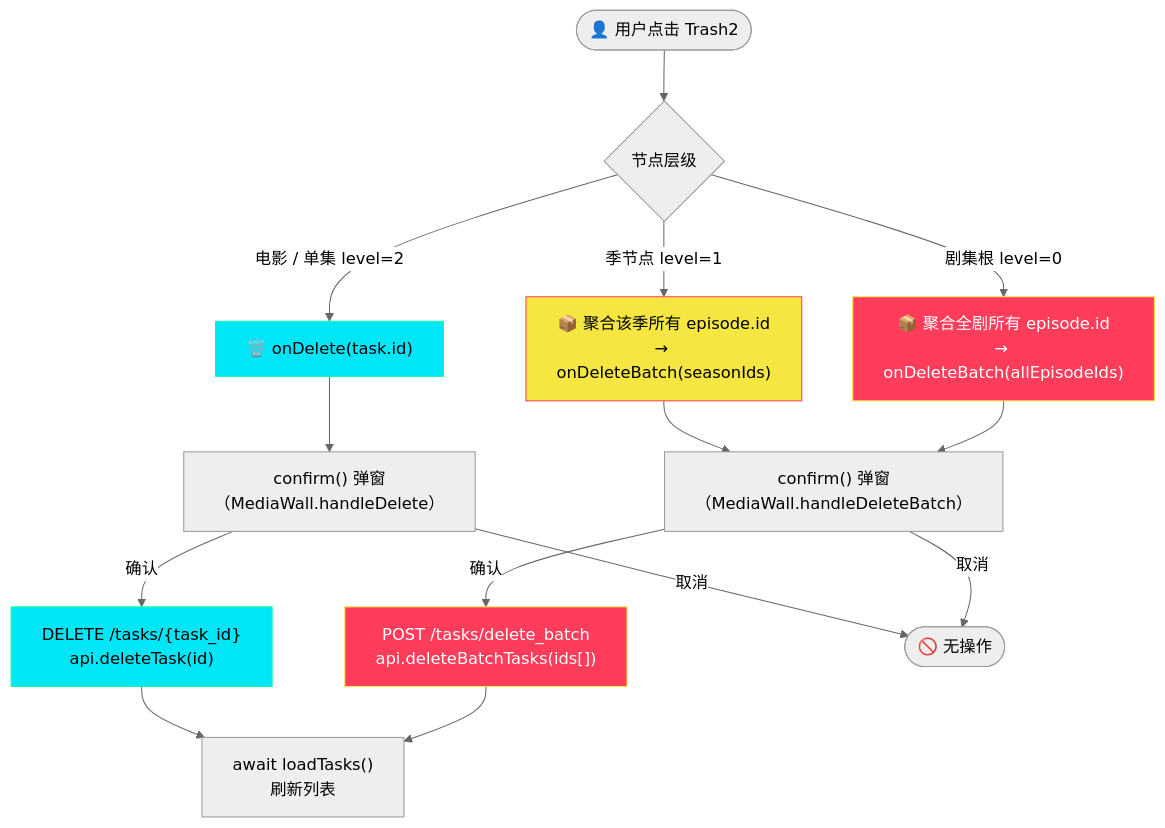
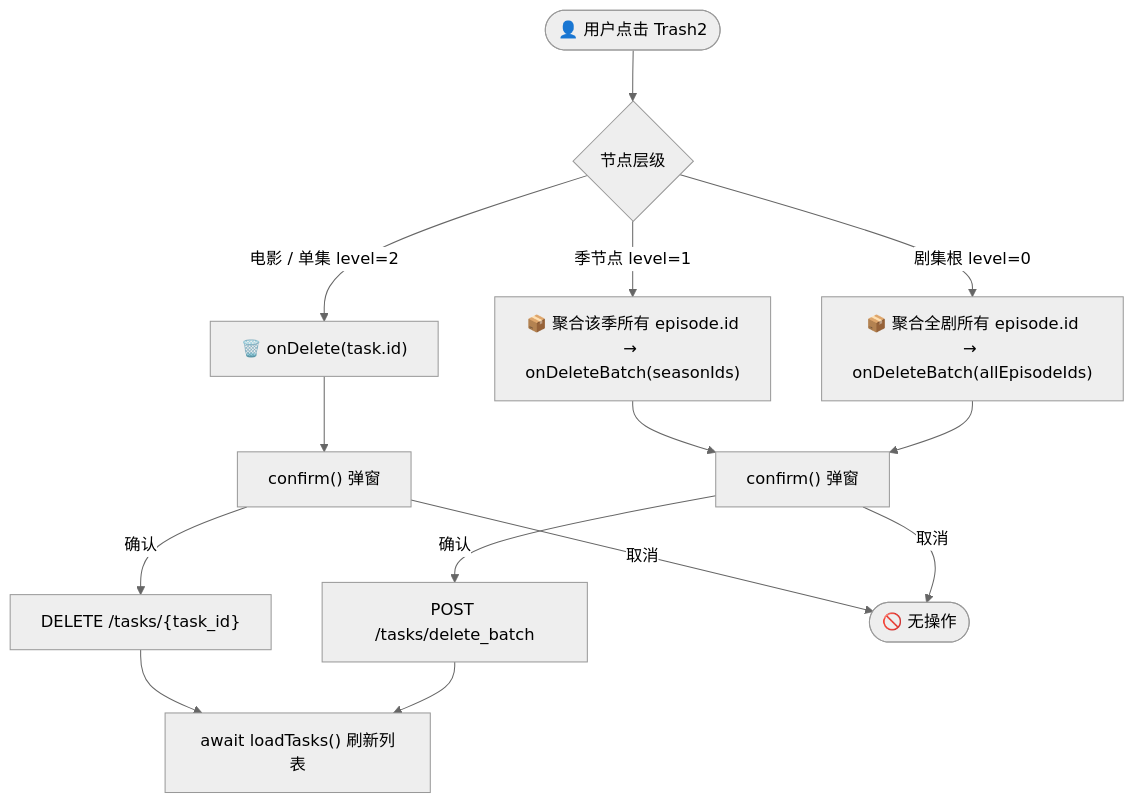
The sixth of 6 diagrams in docs/01_架构设计/04_全栈逻辑交互拓扑蓝图.md (X1000QAQ/Neon-Crate), drawn with Mermaid (neutral theme) before and after one commit. The commit also changed other lines of this file and 58 other files, not shown here.

````diff
--- a/docs/01_架构设计/04_全栈逻辑交互拓扑蓝图.md
+++ b/docs/01_架构设计/04_全栈逻辑交互拓扑蓝图.md
@@ -272,27 +338,16 @@
 ```mermaid
 flowchart TD
-    User([👤 用户点击 Trash2]) --> Level{节点层级}
-
+    User(["👤 用户点击 Trash2"]) --> Level{节点层级}
     Level -->|电影 / 单集 level=2| SingleDel["🗑️ onDelete(task.id)"]
     Level -->|季节点 level=1| SeasonDel["📦 聚合该季所有 episode.id\n→ onDeleteBatch(seasonIds)"]
     Level -->|剧集根 level=0| TVDel["📦 聚合全剧所有 episode.id\n→ onDeleteBatch(allEpisodeIds)"]
-
-    SingleDel --> ConfirmSingle["confirm() 弹窗\n（MediaWall.handleDelete）"]
-    SeasonDel --> ConfirmBatch["confirm() 弹窗\n（MediaWall.handleDeleteBatch）"]
+    SingleDel --> ConfirmSingle["confirm() 弹窗"]
+    SeasonDel --> ConfirmBatch["confirm() 弹窗"]
     TVDel --> ConfirmBatch
-
-    ConfirmSingle -->|确认| APIDelete["DELETE /tasks/{task_id}\napi.deleteTask(id)"]
-    ConfirmBatch -->|确认| APIBatch["POST /tasks/delete_batch\napi.deleteBatchTasks(ids[])"]
-
-    APIDelete --> Reload["await loadTasks()\n刷新列表"]
+    ConfirmSingle -->|确认| APIDelete["DELETE /tasks/{task_id}"]
+    ConfirmBatch -->|确认| APIBatch["POST /tasks/delete_batch"]
+    APIDelete --> Reload["await loadTasks() 刷新列表"]
     APIBatch --> Reload
-
     ConfirmSingle -->|取消| Cancel([🚫 无操作])
     ConfirmBatch -->|取消| Cancel
-
-    style SingleDel fill:#00e6f6,stroke:#00ff9f,color:#000
-    style SeasonDel fill:#f5e642,stroke:#ff3c5a,color:#000
-    style TVDel fill:#ff3c5a,stroke:#f5e642,color:#fff
-    style APIDelete fill:#00e6f6,stroke:#00ff9f,color:#000
-    style APIBatch fill:#ff3c5a,stroke:#f5e642,color:#fff
 ```
````
